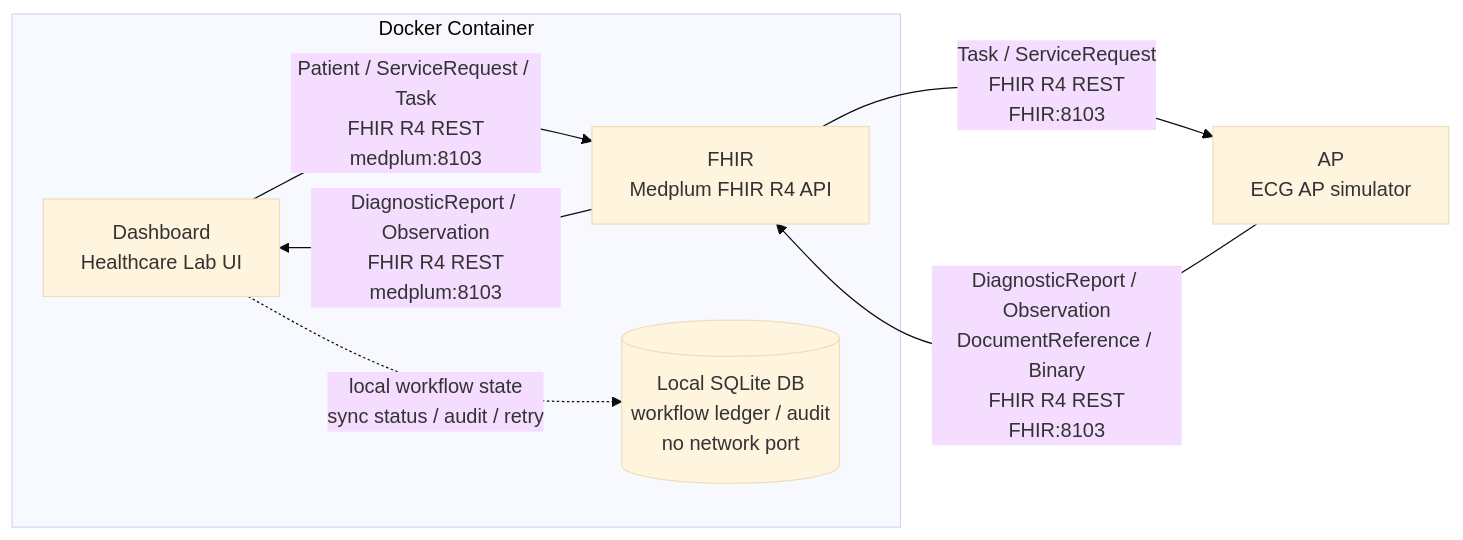
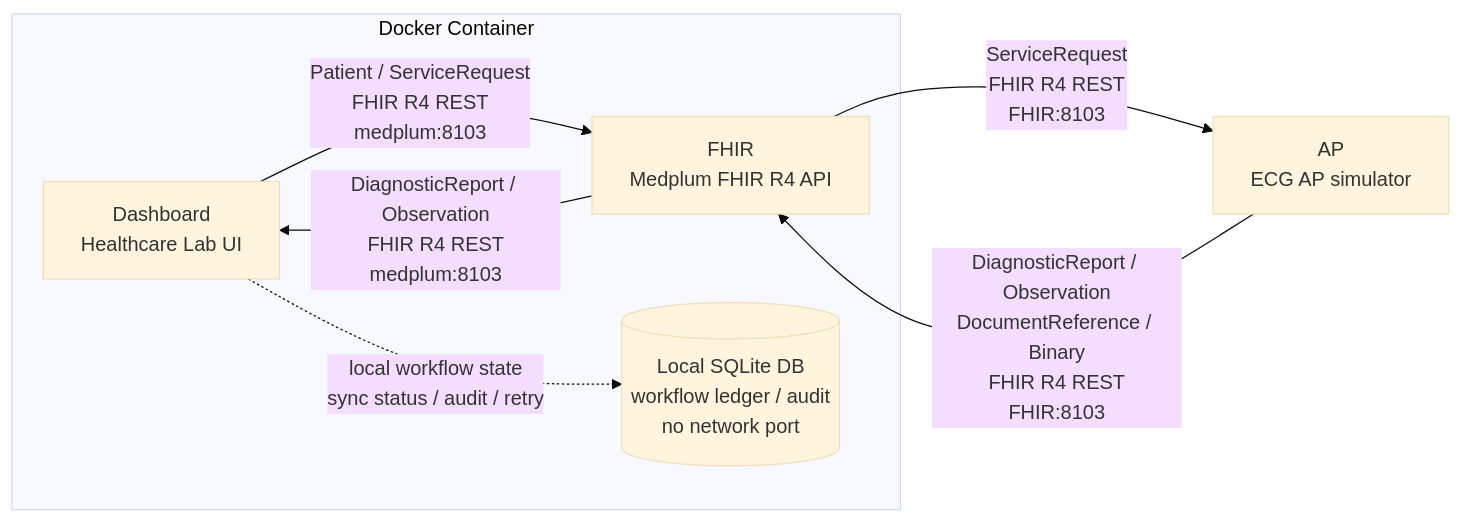
One commit to Tzu-Huang/healthcare-lab changed the second of 2 diagrams in docs/healthcare-lab-simple-workflows.md. Above: the diagram before and after it, drawn with Mermaid (base theme). The commit also changed 9 other files, not shown here.

Commit message:
docs(no-issue): document ServiceRequest-only workflow

````diff
--- a/docs/healthcare-lab-simple-workflows.md
+++ b/docs/healthcare-lab-simple-workflows.md
@@ -29,16 +29,16 @@
 ```mermaid
 flowchart LR
     subgraph Docker["Docker Container"]
         Dashboard["Dashboard<br/>Healthcare Lab UI"]
         FHIR["FHIR<br/>Medplum FHIR R4 API"]
         DB[("Local SQLite DB<br/>workflow ledger / audit<br/>no network port")]
     end
 
     AP["AP<br/>ECG AP simulator"]
 
-    Dashboard -->|"Patient / ServiceRequest / Task<br/>FHIR R4 REST<br/>medplum:8103"| FHIR
-    FHIR -->|"Task / ServiceRequest<br/>FHIR R4 REST<br/>FHIR:8103"| AP
+    Dashboard -->|"Patient / ServiceRequest<br/>FHIR R4 REST<br/>medplum:8103"| FHIR
+    FHIR -->|"ServiceRequest<br/>FHIR R4 REST<br/>FHIR:8103"| AP
     AP -->|"DiagnosticReport / Observation<br/>DocumentReference / Binary<br/>FHIR R4 REST<br/>FHIR:8103"| FHIR
     FHIR -->|"DiagnosticReport / Observation<br/>FHIR R4 REST<br/>medplum:8103"| Dashboard
     Dashboard -.->|"local workflow state<br/>sync status / audit / retry"| DB
 ```
````
